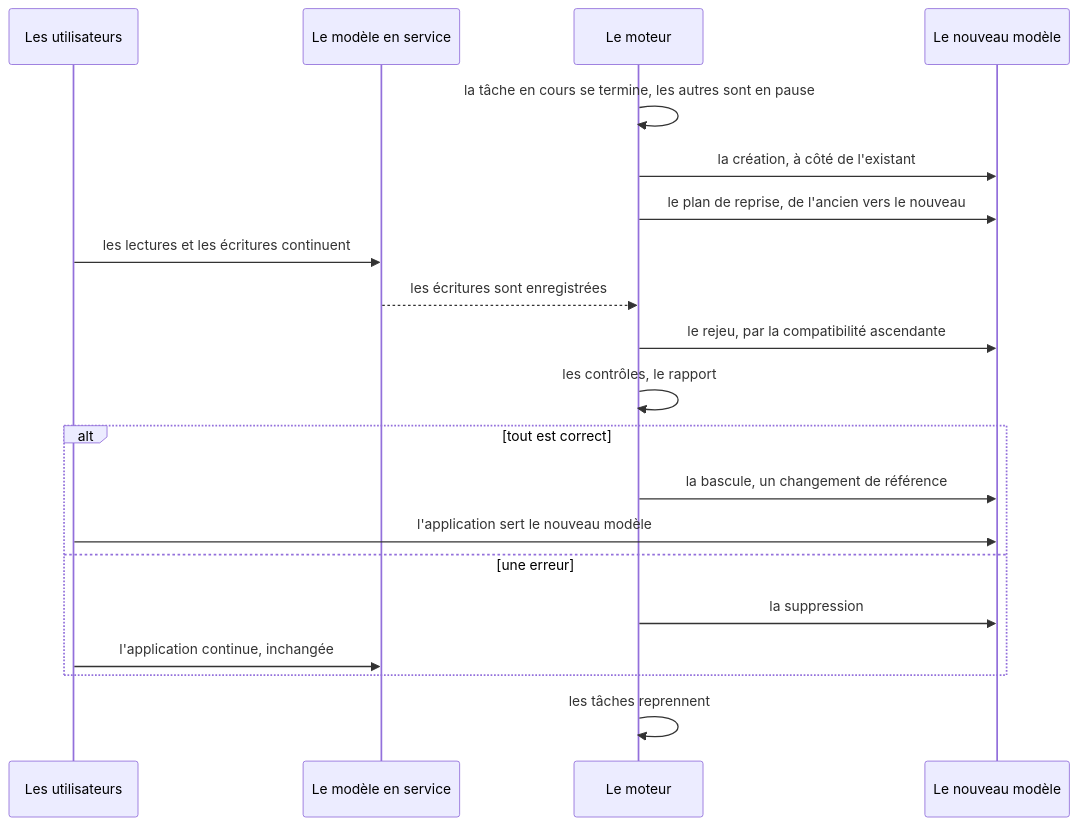
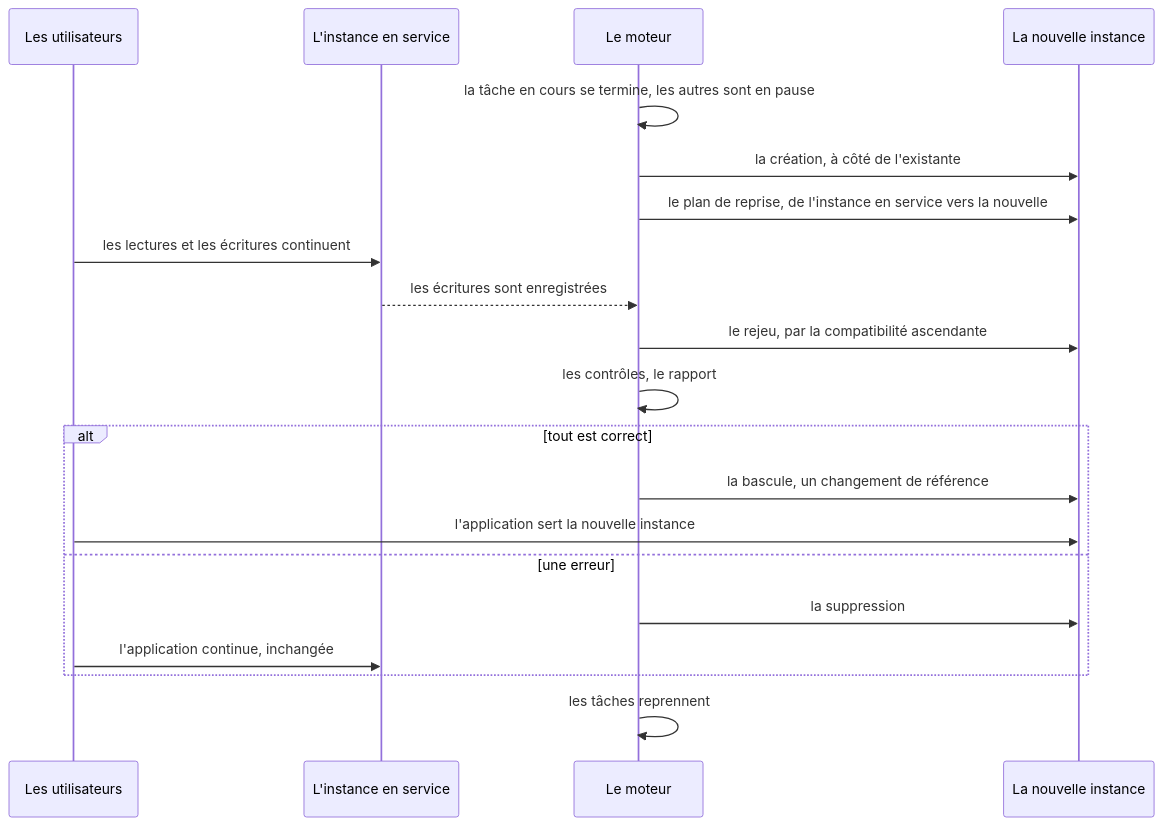
One commit to AymericLesert/Syncytium changed the diagram in docs/syncytium/09-moteur/03-migration.md. Above: the diagram before and after it, drawn with Mermaid. The commit also changed other lines of this file and 9 other files, not shown here.

First line of the commit message:
D2145 — dans 03-migration.md, « nouveau modèle » et « nouvelle instance » sont unifiés

````diff
--- a/docs/syncytium/09-moteur/03-migration.md
+++ b/docs/syncytium/09-moteur/03-migration.md
@@ -274,22 +276,22 @@
 ```mermaid
 sequenceDiagram
     participant U as Les utilisateurs
-    participant A as Le modèle en service
+    participant A as L'instance en service
     participant M as Le moteur
-    participant N as Le nouveau modèle
+    participant N as La nouvelle instance
     M->>M: la tâche en cours se termine, les autres sont en pause
-    M->>N: la création, à côté de l'existant
-    M->>N: le plan de reprise, de l'ancien vers le nouveau
+    M->>N: la création, à côté de l'existante
+    M->>N: le plan de reprise, de l'instance en service vers la nouvelle
     U->>A: les lectures et les écritures continuent
     A-->>M: les écritures sont enregistrées
     M->>N: le rejeu, par la compatibilité ascendante
     M->>M: les contrôles, le rapport
     alt tout est correct
         M->>N: la bascule, un changement de référence
-        U->>N: l'application sert le nouveau modèle
+        U->>N: l'application sert la nouvelle instance
     else une erreur
         M->>N: la suppression
         U->>A: l'application continue, inchangée
     end
     M->>M: les tâches reprennent
 ```
````
